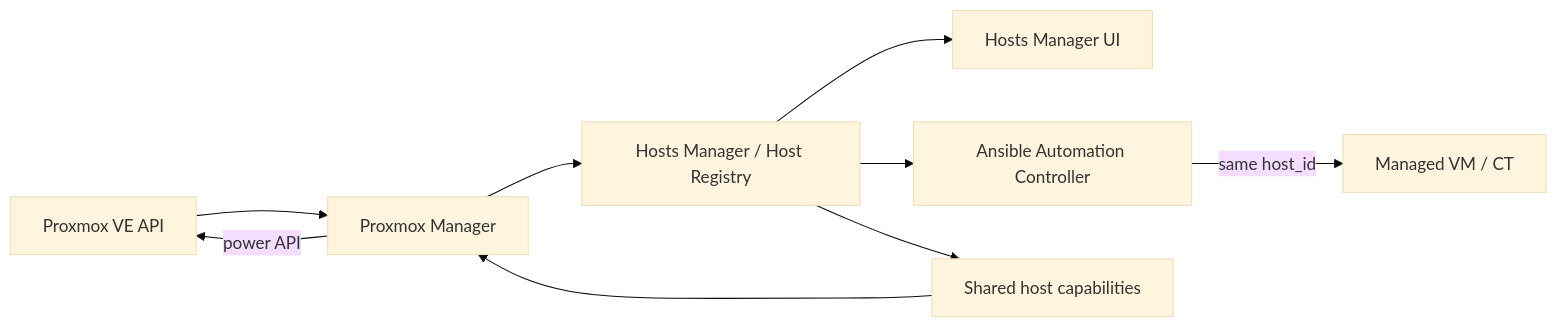
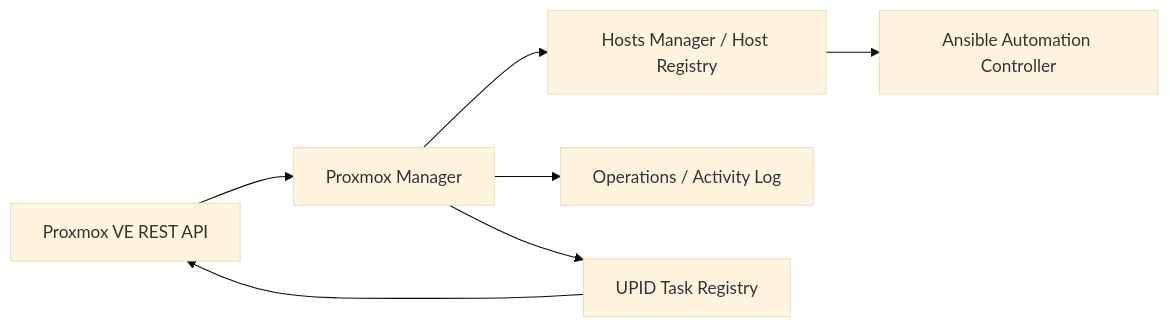
Before and after one commit to chmajster/Algen-server-web-explorer-panel: the diagram in PROXMOX_MANAGER.md, drawn with Mermaid (base theme). The commit also changed other lines of this file, not shown here.

Commit message:
docs(proxmox): document expanded manager architecture and API

````diff
--- a/PROXMOX_MANAGER.md
+++ b/PROXMOX_MANAGER.md
@@ -7,11 +7,9 @@
 ```mermaid
 flowchart LR
-    PVE[Proxmox VE API] --> PM[Proxmox Manager]
+    PVE[Proxmox VE REST API] --> PM[Proxmox Manager]
     PM --> HR[Hosts Manager / Host Registry]
-    HR --> HM[Hosts Manager UI]
     HR --> AC[Ansible Automation Controller]
-    HR --> CAP[Shared host capabilities]
-    CAP --> PM
-    AC -->|same host_id| VM[Managed VM / CT]
-    PM -->|power API| PVE
+    PM --> OPS[Operations / Activity Log]
+    PM --> TASKS[UPID Task Registry]
+    TASKS --> PVE
 ```
````
